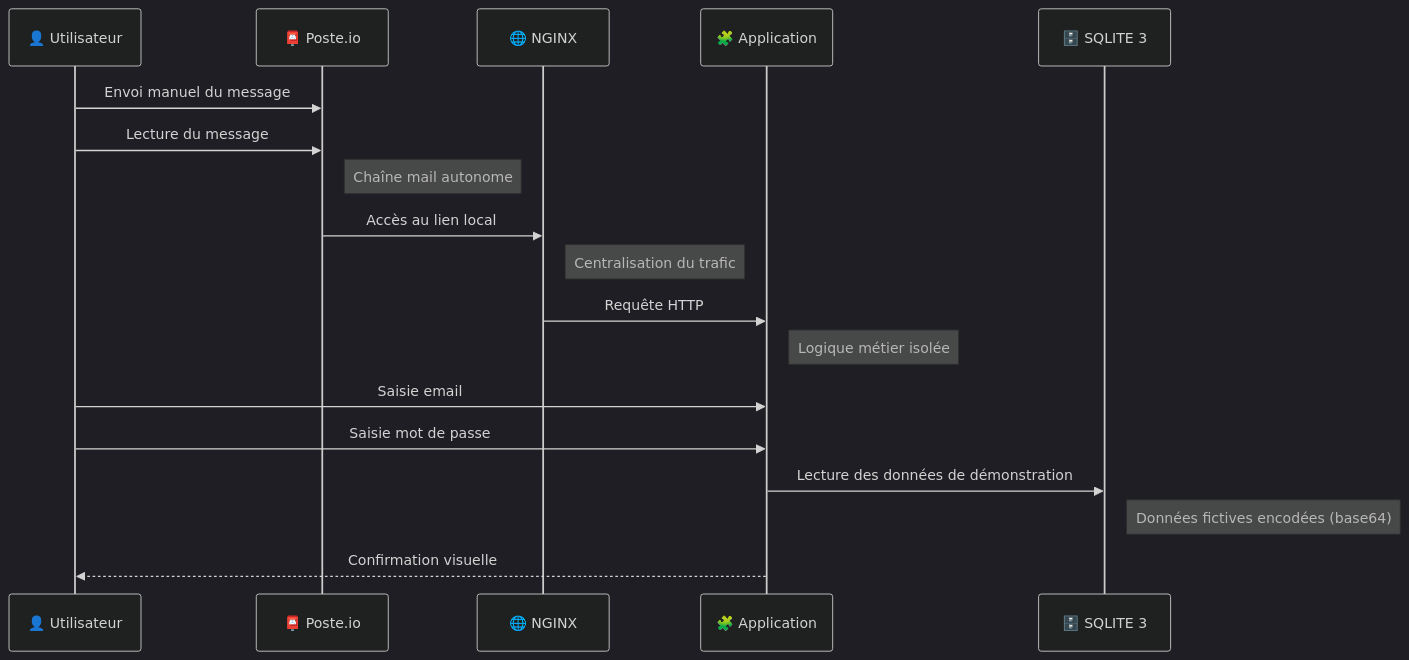
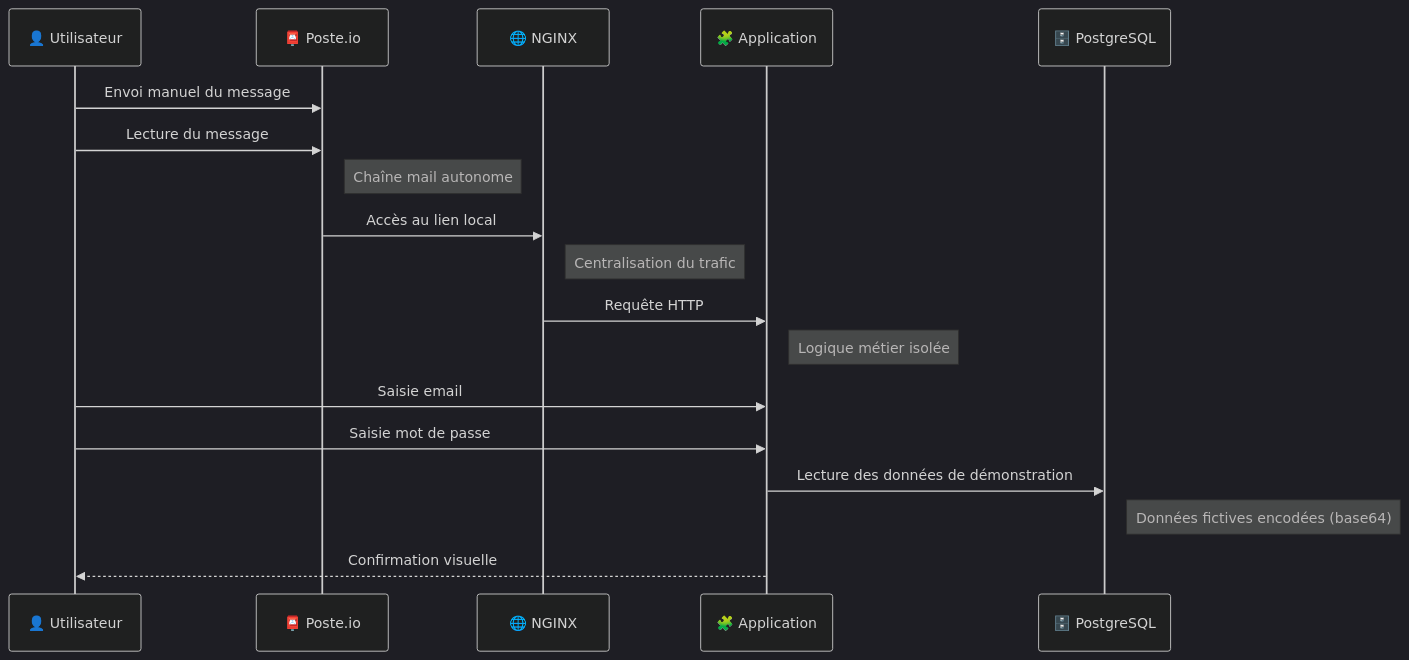
The second of 2 diagrams in README.md (Alidrix/L_ATELIER), drawn with Mermaid (dark theme) before and after one commit. The commit also changed other lines of this file, not shown here.

````diff
--- a/README.md
+++ b/README.md
@@ -29,21 +29,21 @@
 ```mermaid
 sequenceDiagram
   participant U as 👤 Utilisateur
   participant M as 📮 Poste.io
   participant N as 🌐 NGINX
   participant A as 🧩 Application
-  participant D as 🗄️ SQLITE 3
+  participant D as 🗄️ PostgreSQL
 
   U->>M: Envoi manuel du message
   U->>M: Lecture du message
   Note right of M: Chaîne mail autonome
   M->>N: Accès au lien local
   Note right of N: Centralisation du trafic
   N->>A: Requête HTTP
   Note right of A: Logique métier isolée
   U->>A: Saisie email
   U->>A: Saisie mot de passe
   A->>D: Lecture des données de démonstration
   Note right of D: Données fictives encodées (base64)
   A-->>U: Confirmation visuelle
 ```
````
